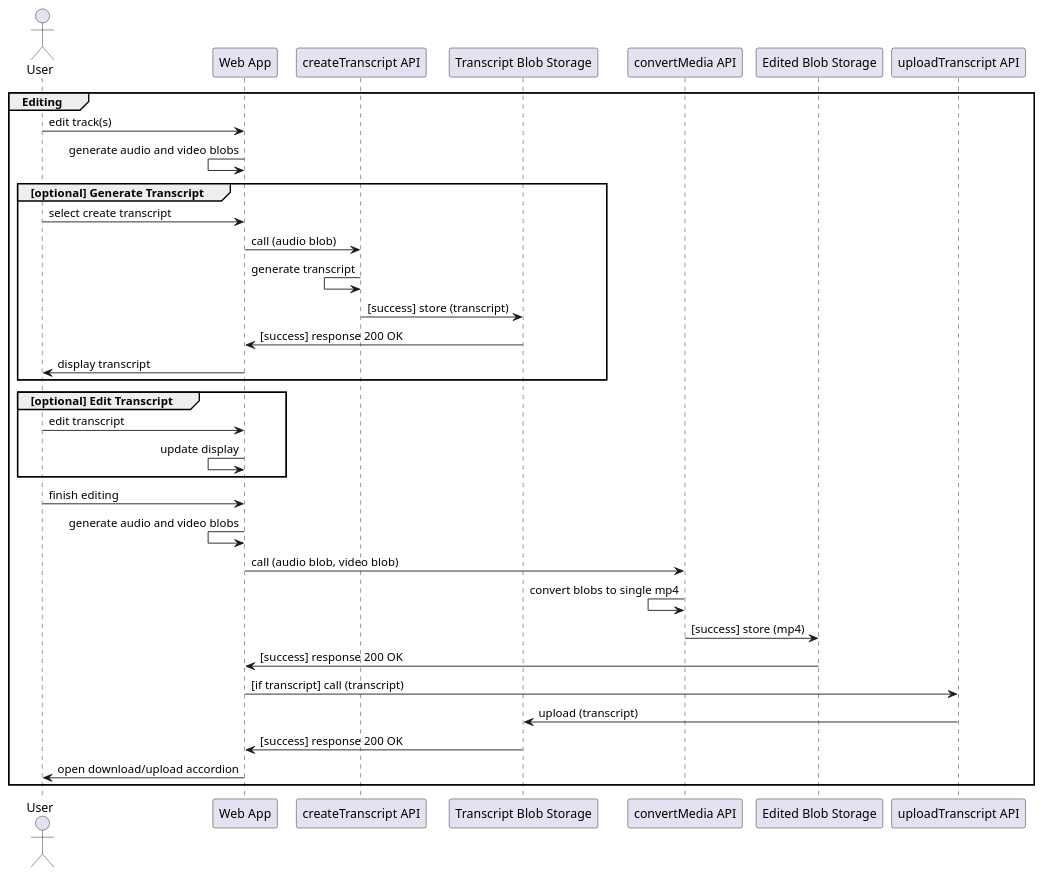
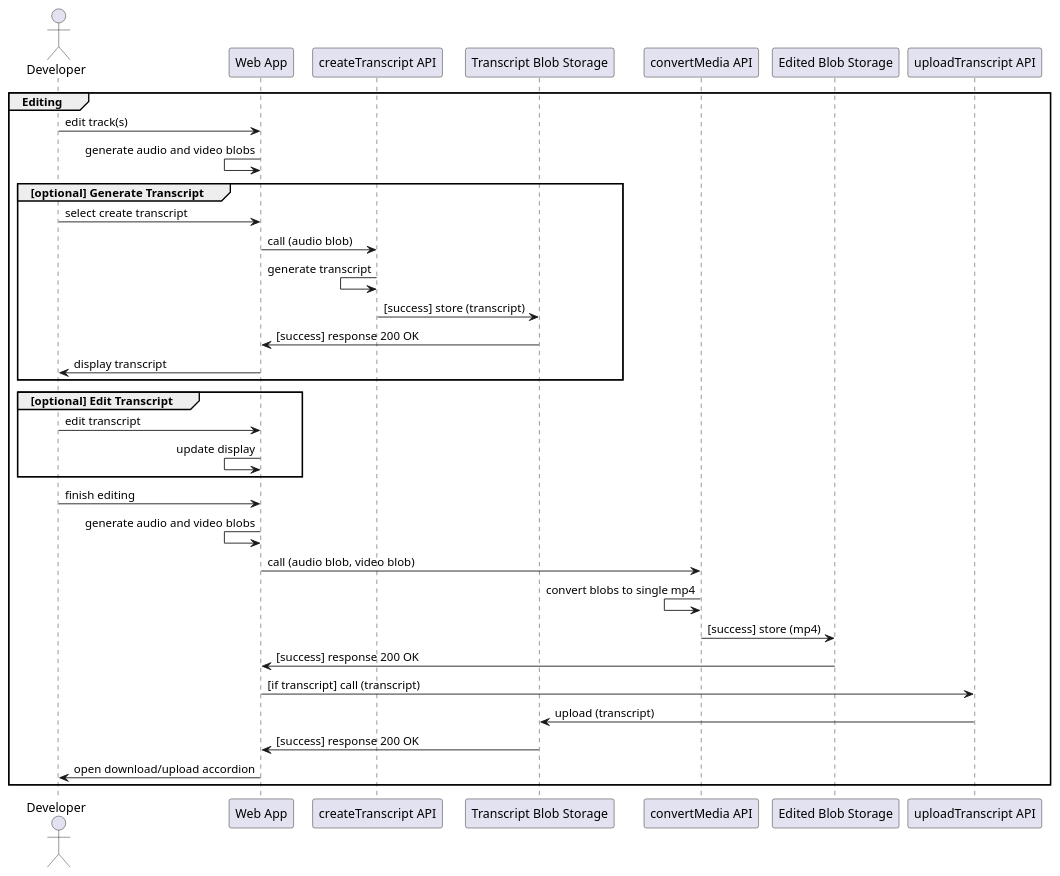
Before and after one commit to jennifer-platt/ECM2429-UML: the diagram in examples/editing.puml, drawn with PlantUML. The commit also changed 1 other file, not shown here.

Commit message:
Updating edit diagram

```diff
--- a/examples/editing.puml
+++ b/examples/editing.puml
@@ -1,37 +1,37 @@
 @startuml editing
 
-Actor User
+Actor Developer
 
 group Editing
-User -> "Web App": edit track(s)
+Developer -> "Web App": edit track(s)
 "Web App" <- "Web App": generate audio and video blobs
 
 group [optional] Generate Transcript
-User -> "Web App": select create transcript
+Developer -> "Web App": select create transcript
 "Web App" -> "createTranscript API": call (audio blob)
 "createTranscript API" <- "createTranscript API": generate transcript
 "Transcript Blob Storage" <- "createTranscript API": [success] store (transcript)
 "Web App" <- "Transcript Blob Storage": [success] response 200 OK
-User <- "Web App": display transcript
+Developer <- "Web App": display transcript
 end
 
 group [optional] Edit Transcript
-User -> "Web App": edit transcript
+Developer -> "Web App": edit transcript
 "Web App" <- "Web App": update display
 end
 
-User -> "Web App": finish editing
+Developer -> "Web App": finish editing
 "Web App" <- "Web App": generate audio and video blobs
 
 "Web App" -> "convertMedia API": call (audio blob, video blob)
 "convertMedia API" <- "convertMedia API": convert blobs to single mp4
 "Edited Blob Storage" <- "convertMedia API": [success] store (mp4)
 "Web App" <- "Edited Blob Storage": [success] response 200 OK
 
 "Web App" -> "uploadTranscript API": [if transcript] call (transcript)
 "uploadTranscript API" -> "Transcript Blob Storage": upload (transcript)
 "Web App" <- "Transcript Blob Storage": [success] response 200 OK
-User <- "Web App": open download/upload accordion
+Developer <- "Web App": open download/upload accordion
 end
 
 @enduml
```
